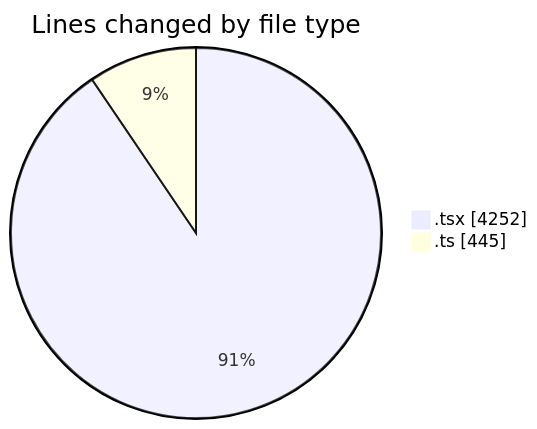
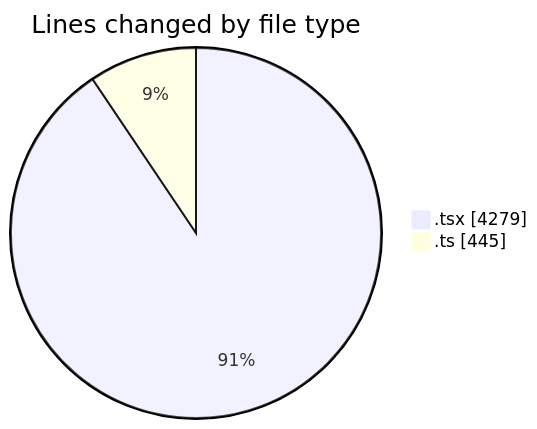
One commit to momahboobian/code-tracking changed the first of 2 diagrams in 2025-09-24/cda/README.md. Above: the diagram before and after it, drawn with Mermaid. The commit also changed other lines of this file and 1 other file, not shown here.

````diff
--- a/2025-09-24/cda/README.md
+++ b/2025-09-24/cda/README.md
@@ -34,6 +34,6 @@
 ```mermaid
 pie showData
 title Lines changed by file type
-".tsx" : 4252
+".tsx" : 4279
 ".ts" : 445
 ```
````
